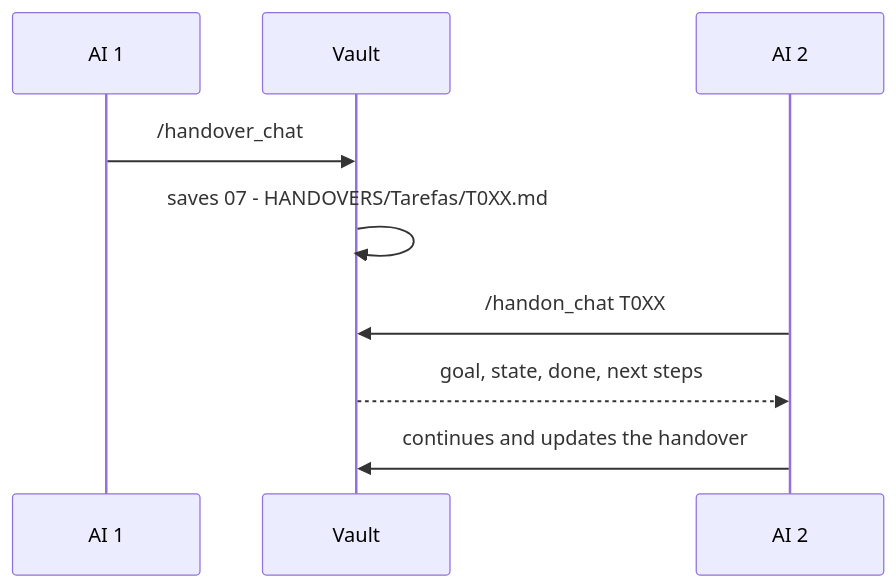
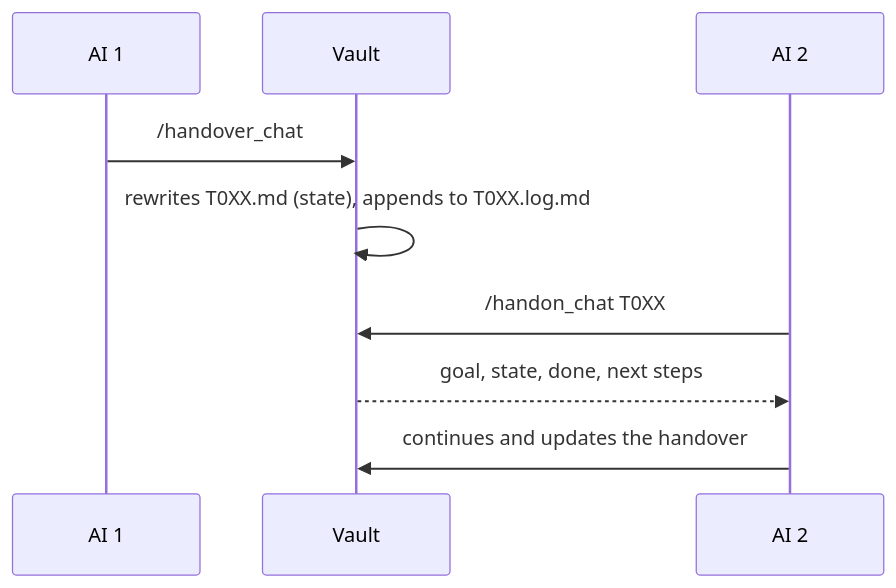
One commit to PedroHenrique0713/brain-template changed the third of 3 diagrams in README.md. Above: the diagram before and after it, drawn with Mermaid. The commit also changed other lines of this file and 20 other files, not shown here.

````diff
--- a/README.md
+++ b/README.md
@@ -125,12 +131,12 @@
 ```mermaid
 sequenceDiagram
   participant A as AI 1
   participant V as Vault
   participant B as AI 2
 
   A->>V: /handover_chat
-  V->>V: saves 07 - HANDOVERS/Tarefas/T0XX.md
+  V->>V: rewrites T0XX.md (state), appends to T0XX.log.md
   B->>V: /handon_chat T0XX
   V-->>B: goal, state, done, next steps
   B->>V: continues and updates the handover
 ```
````
